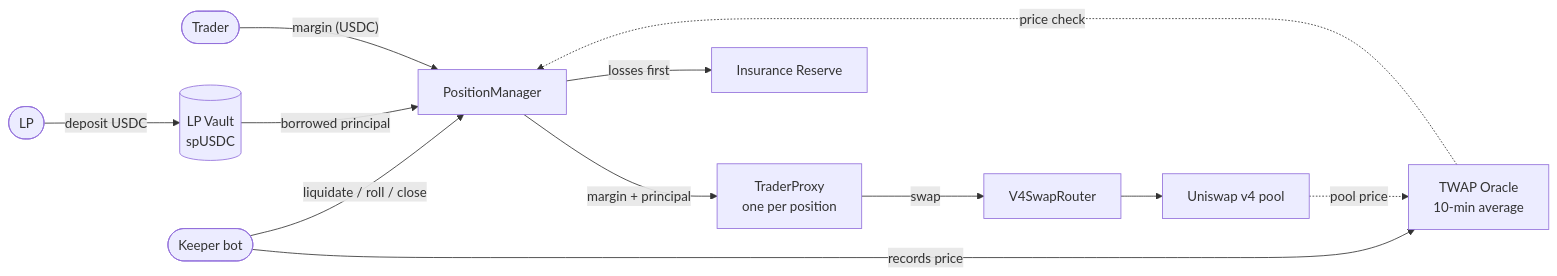
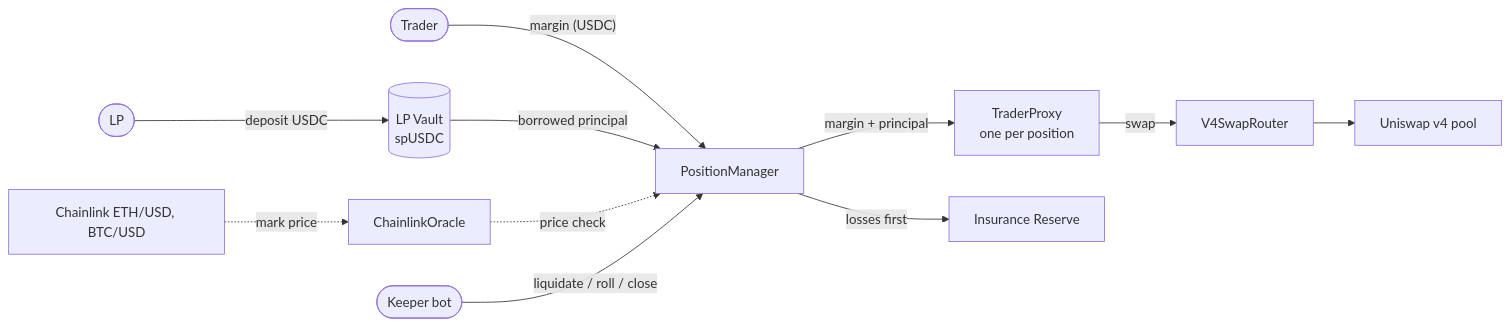
The first of 10 diagrams in README.md (Niraj-Kamdar/decentralised-prop-trading), drawn with Mermaid before and after one commit. The commit also changed other lines of this file and 4 other files, not shown here.

First line of the commit message:
docs: describe the Base deployment, Chainlink oracle and trader levels

````diff
--- a/README.md
+++ b/README.md
@@ -15,13 +17,12 @@
 ```mermaid
 flowchart LR
     T([Trader]) -- "margin (USDC)" --> PM[PositionManager]
     LP([LP]) -- "deposit USDC" --> V[(LP Vault<br/>spUSDC)]
     V -- "borrowed principal" --> PM
     PM -- "margin + principal" --> P[TraderProxy<br/>one per position]
     P -- "swap" --> R[V4SwapRouter] --> U[Uniswap v4 pool]
-    U -. "pool price" .-> O[TWAP Oracle<br/>10-min average]
+    CL[Chainlink ETH/USD, BTC/USD] -. "mark price" .-> O[ChainlinkOracle]
     O -. "price check" .-> PM
-    K([Keeper bot]) -- "records price" --> O
-    K -- "liquidate / roll / close" --> PM
+    K([Keeper bot]) -- "liquidate / roll / close" --> PM
     PM -- "losses first" --> I[Insurance Reserve]
 ```
````
